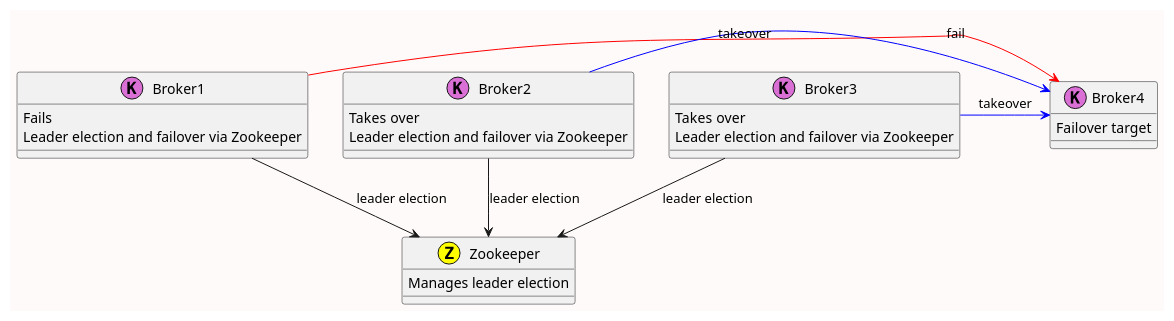
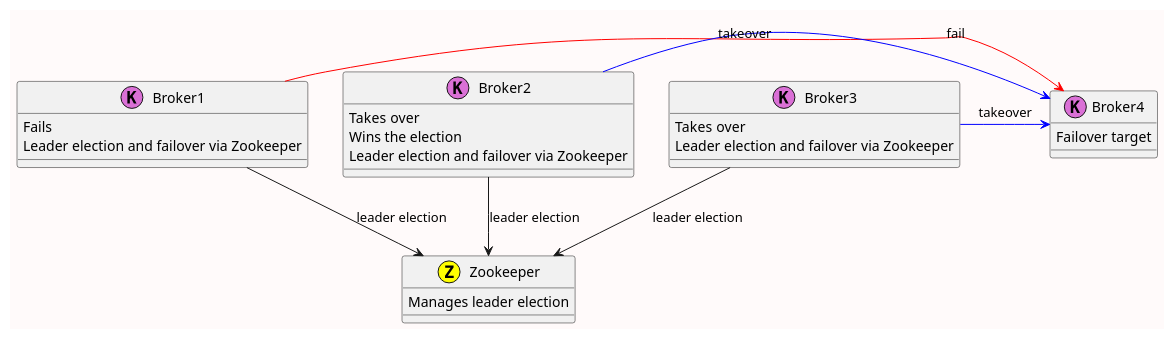
The diagram in architecture_diagrams/kafka_fault_handling_and_recovery.puml (huangyingw/system_design), drawn with PlantUML before and after one commit.

```diff
--- a/architecture_diagrams/kafka_fault_handling_and_recovery.puml
+++ b/architecture_diagrams/kafka_fault_handling_and_recovery.puml
@@ -1,31 +1,32 @@
 @startuml
 skinparam backgroundColor #FFFAFA
 
 class Broker1 << (K,orchid) >> {
     Fails
     Leader election and failover via Zookeeper
 }
 class Broker2 << (K,orchid) >> {
     Takes over
+    Wins the election
     Leader election and failover via Zookeeper
 }
 class Broker3 << (K,orchid) >> {
     Takes over
     Leader election and failover via Zookeeper
 }
 class Broker4 << (K,orchid) >> {
     Failover target
 }
 class Zookeeper << (Z,yellow) >> {
     Manages leader election
 }
 
 Broker1 --> Zookeeper : leader election
 Broker2 --> Zookeeper : leader election
 Broker3 --> Zookeeper : leader election
 
 Broker1 -[#red]> Broker4 : fail
 Broker2 -[#blue]> Broker4 : takeover
 Broker3 -[#blue]> Broker4 : takeover
 
 @enduml
```
